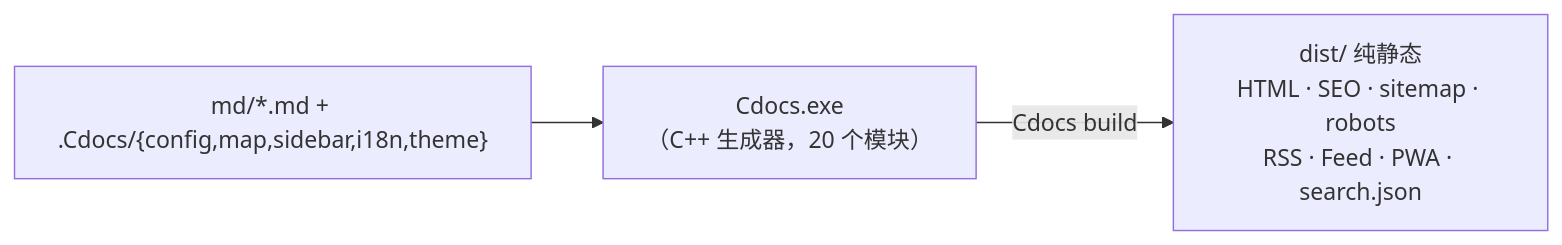
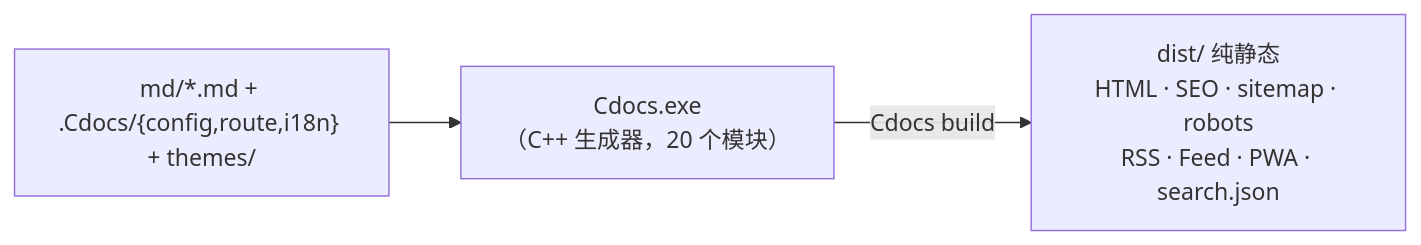
Before and after one commit to Cnkrru/Cdocs: the diagram in md/docs/generator/pipeline.md, drawn with Mermaid. The commit also changed other lines of this file and 19 other files, not shown here.

First line of the commit message:
docs: 按当前实现全面更新文档站 + 修复 config schema 校验遗漏 + 重建发布包

````diff
--- a/md/docs/generator/pipeline.md
+++ b/md/docs/generator/pipeline.md
@@ -7,9 +7,9 @@
 ```mermaid
 flowchart LR
-  SRC["md/*.md + .Cdocs/{config,map,sidebar,i18n,theme}"]
+  SRC["md/*.md + .Cdocs/{config,route,i18n} + themes/"]
   EXE["Cdocs.exe<br/>（C++ 生成器，20 个模块）"]
   OUT["dist/ 纯静态<br/>HTML · SEO · sitemap · robots<br/>RSS · Feed · PWA · search.json"]
 
   SRC --> EXE
   EXE -->|Cdocs build| OUT
 ```
````
